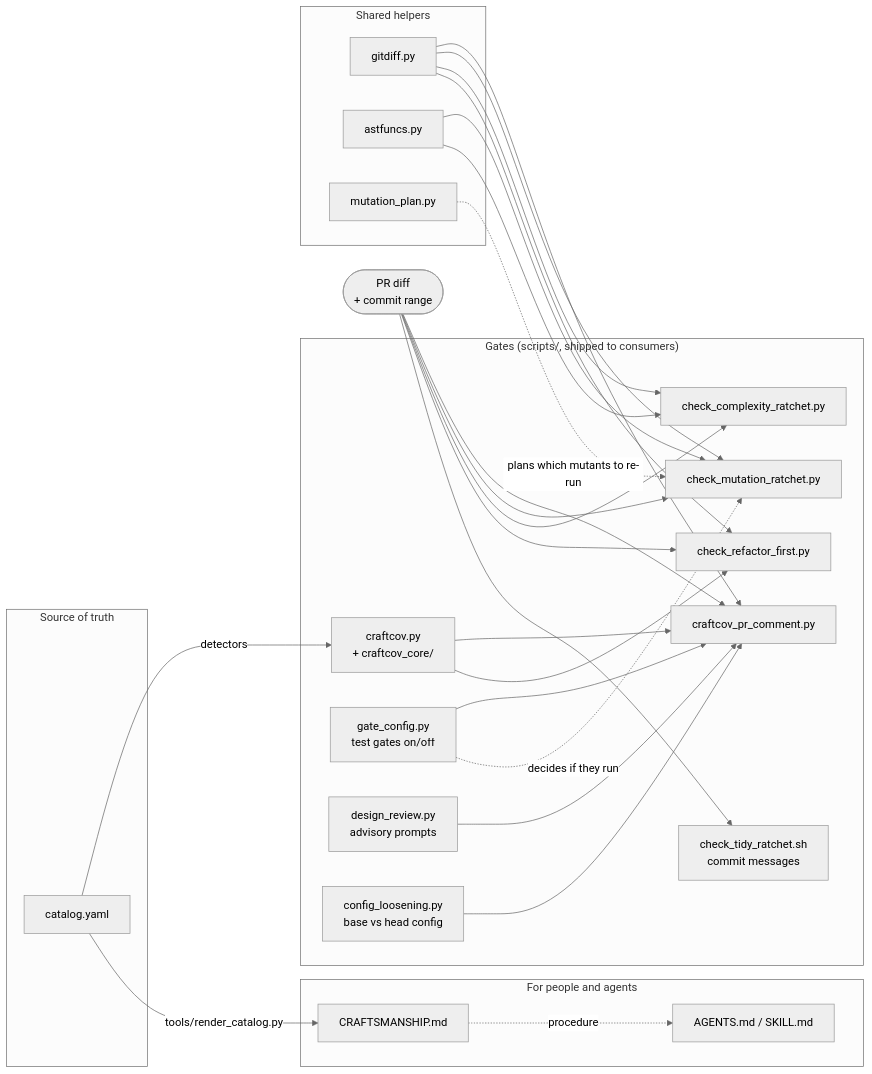
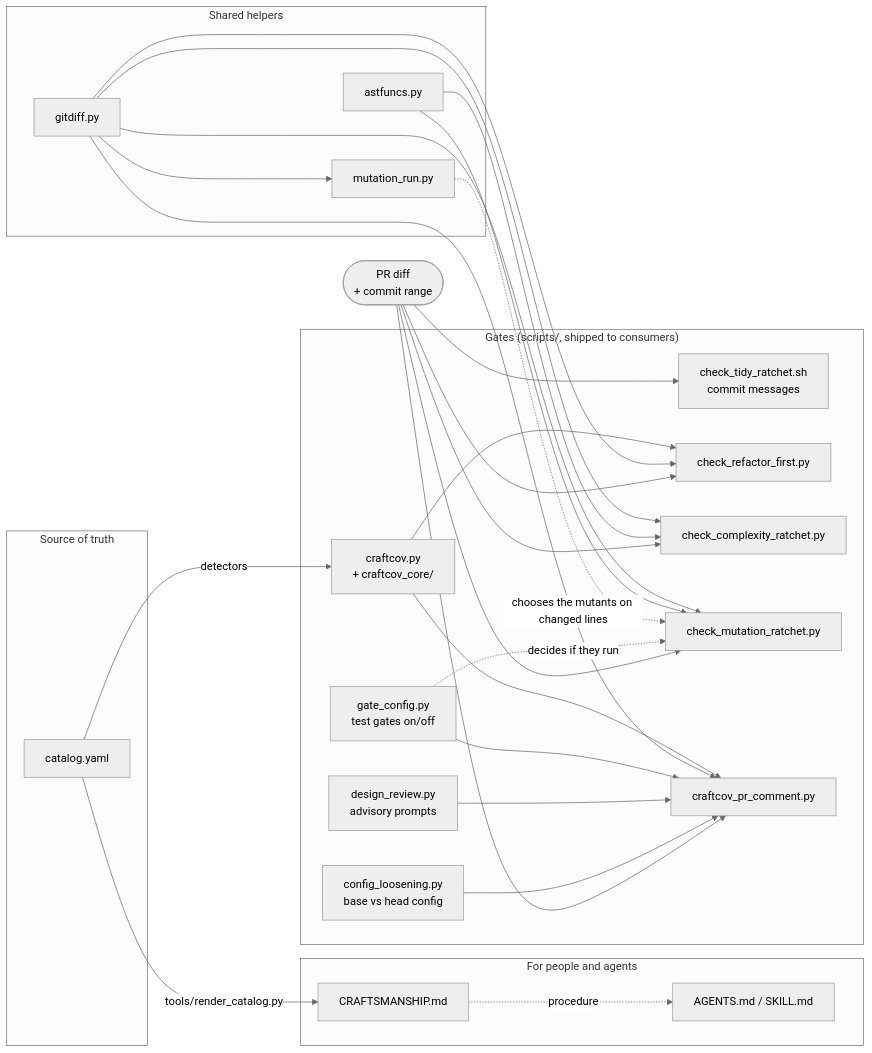
Before and after one commit to gbelbe/craft-gate: the diagram in docs/architecture.md, drawn with Mermaid (neutral theme). The commit also changed 30 other files, not shown here.

First line of the commit message:
feat(mutation)!: run only the mutants on the lines a diff changed, from a clean slate; the planner is gone

````diff
--- a/docs/architecture.md
+++ b/docs/architecture.md
@@ -11,43 +11,43 @@
 ```mermaid
 flowchart LR
     subgraph source["Source of truth"]
         CAT[catalog.yaml]
     end
 
     subgraph docs["For people and agents"]
         CRAFT[CRAFTSMANSHIP.md]
         AGENTS[AGENTS.md / SKILL.md]
     end
 
     subgraph gates["Gates (scripts/, shipped to consumers)"]
         TIDY[check_tidy_ratchet.sh<br/>commit messages]
         CC[craftcov.py<br/>+ craftcov_core/]
         RF[check_refactor_first.py]
         CX[check_complexity_ratchet.py]
         MR[check_mutation_ratchet.py]
         PC[craftcov_pr_comment.py]
         GC[gate_config.py<br/>test gates on/off]
         DR[design_review.py<br/>advisory prompts]
         CL[config_loosening.py<br/>base vs head config]
     end
 
     subgraph shared["Shared helpers"]
         GD[gitdiff.py]
         AF[astfuncs.py]
-        MP[mutation_plan.py]
+        MRUN[mutation_run.py]
     end
 
     CAT -- tools/render_catalog.py --> CRAFT
     CAT -- detectors --> CC
     CRAFT -. procedure .-> AGENTS
     CC --> RF
     CC --> PC
-    GD --> RF & CX & MR & PC
+    GD --> RF & CX & MR & MRUN & PC
     AF --> CX & MR
-    MP -. plans which mutants to re-run .-> MR
+    MRUN -. chooses the mutants on changed lines .-> MR
     GC -. decides if they run .-> MR
     GC --> PC
     DR --> PC
     CL --> PC
     DIFF([PR diff<br/>+ commit range]) --> TIDY & RF & CX & MR & PC
 ```
````
